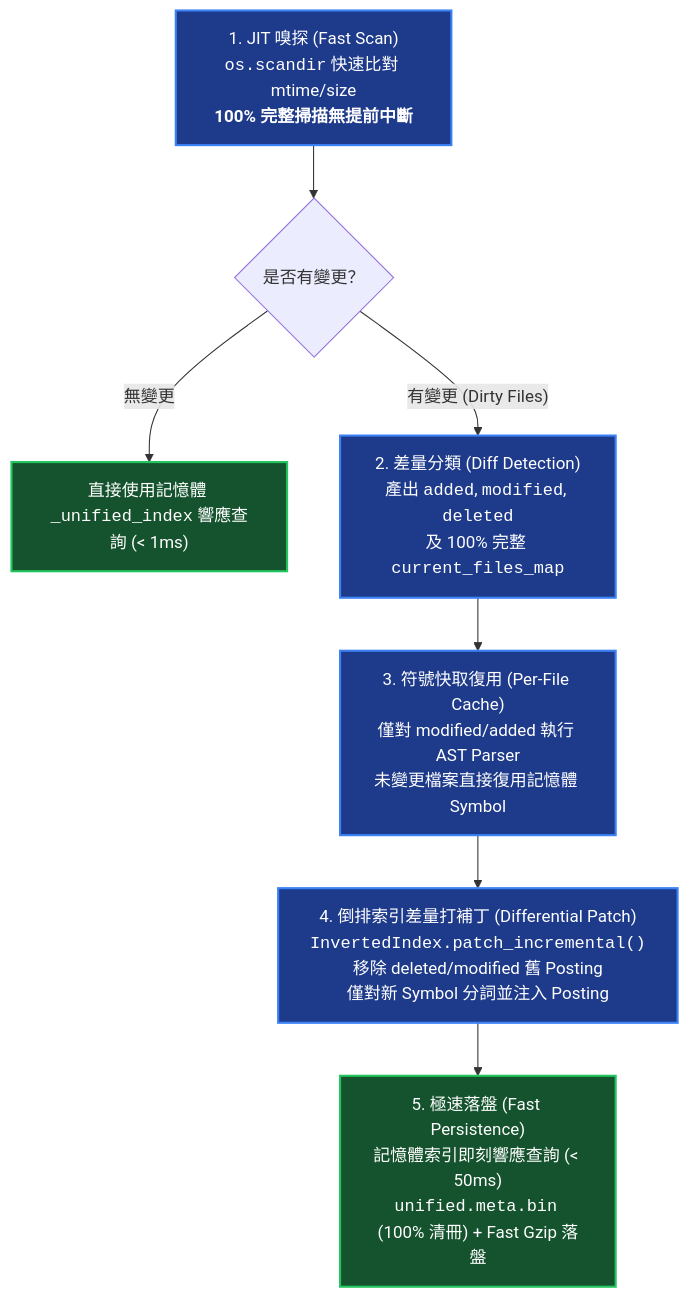
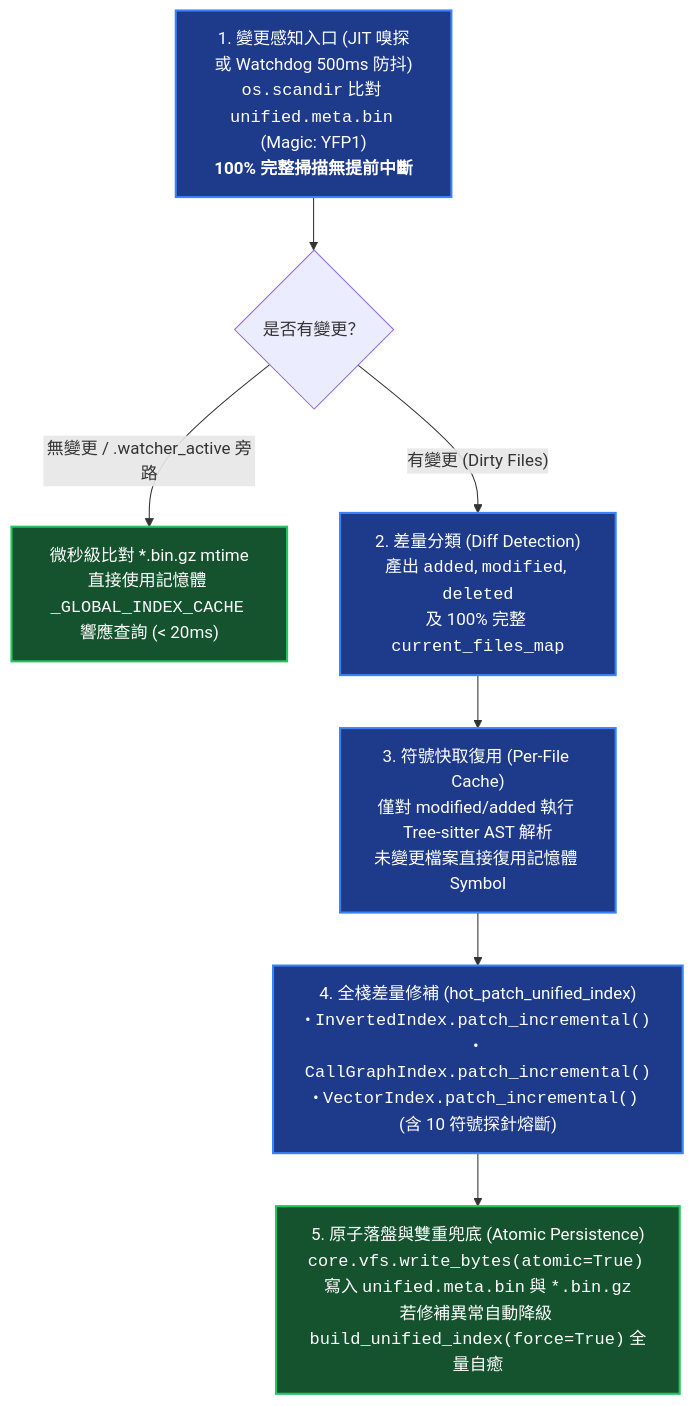
Before and after one commit to ysnaive/ys-codebase: the diagram in docs/knowledge-db/incremental_hot_reload.md, drawn with Mermaid. The commit also changed other lines of this file and 91 other files, not shown here.

````diff
--- a/docs/knowledge-db/incremental_hot_reload.md
+++ b/docs/knowledge-db/incremental_hot_reload.md
@@ -9,17 +25,17 @@
 ```mermaid
 graph TD
     classDef step fill:#1e3a8a,stroke:#3b82f6,stroke-width:2px,color:#fff;
     classDef opt fill:#14532d,stroke:#22c55e,stroke-width:2px,color:#fff;
 
-    A["1. JIT 嗅探 (Fast Scan)<br/><code>os.scandir</code> 快速比對 mtime/size<br/><b>100% 完整掃描無提前中斷</b>"]:::step
+    A["1. 變更感知入口 (JIT 嗅探或 Watchdog 500ms 防抖)<br/><code>os.scandir</code> 比對 <code>unified.meta.bin</code> (Magic: YFP1)<br/><b>100% 完整掃描無提前中斷</b>"]:::step
     --> B{"是否有變更？"}
     
-    B -- "無變更" --> C["直接使用記憶體 <code>_unified_index</code> 響應查詢 (< 1ms)"]:::opt
+    B -- "無變更 / .watcher_active 旁路" --> C["微秒級比對 *.bin.gz mtime<br/>直接使用記憶體 <code>_GLOBAL_INDEX_CACHE</code> 響應查詢 (< 20ms)"]:::opt
     B -- "有變更 (Dirty Files)" --> D["2. 差量分類 (Diff Detection)<br/>產出 <code>added</code>, <code>modified</code>, <code>deleted</code><br/>及 100% 完整 <code>current_files_map</code>"]:::step
 
-    D --> E["3. 符號快取復用 (Per-File Cache)<br/>僅對 modified/added 執行 AST Parser<br/>未變更檔案直接復用記憶體 Symbol"]:::step
+    D --> E["3. 符號快取復用 (Per-File Cache)<br/>僅對 modified/added 執行 Tree-sitter AST 解析<br/>未變更檔案直接復用記憶體 Symbol"]:::step
     
-    E --> F["4. 倒排索引差量打補丁 (Differential Patch)<br/><code>InvertedIndex.patch_incremental()</code><br/>移除 deleted/modified 舊 Posting<br/>僅對新 Symbol 分詞並注入 Posting"]:::step
+    E --> F["4. 全棧差量修補 (hot_patch_unified_index)<br/>• <code>InvertedIndex.patch_incremental()</code><br/>• <code>CallGraphIndex.patch_incremental()</code><br/>• <code>VectorIndex.patch_incremental()</code> (含 10 符號探針熔斷)"]:::step
     
-    F --> G["5. 極速落盤 (Fast Persistence)<br/>記憶體索引即刻響應查詢 (< 50ms)<br/><code>unified.meta.bin</code> (100% 清冊) + Fast Gzip 落盤"]:::opt
+    F --> G["5. 原子落盤與雙重兜底 (Atomic Persistence)<br/><code>core.vfs.write_bytes(atomic=True)</code> 寫入 <code>unified.meta.bin</code> 與 <code>*.bin.gz</code><br/>若修補異常自動降級 <code>build_unified_index(force=True)</code> 全量自癒"]:::opt
 ```
````
